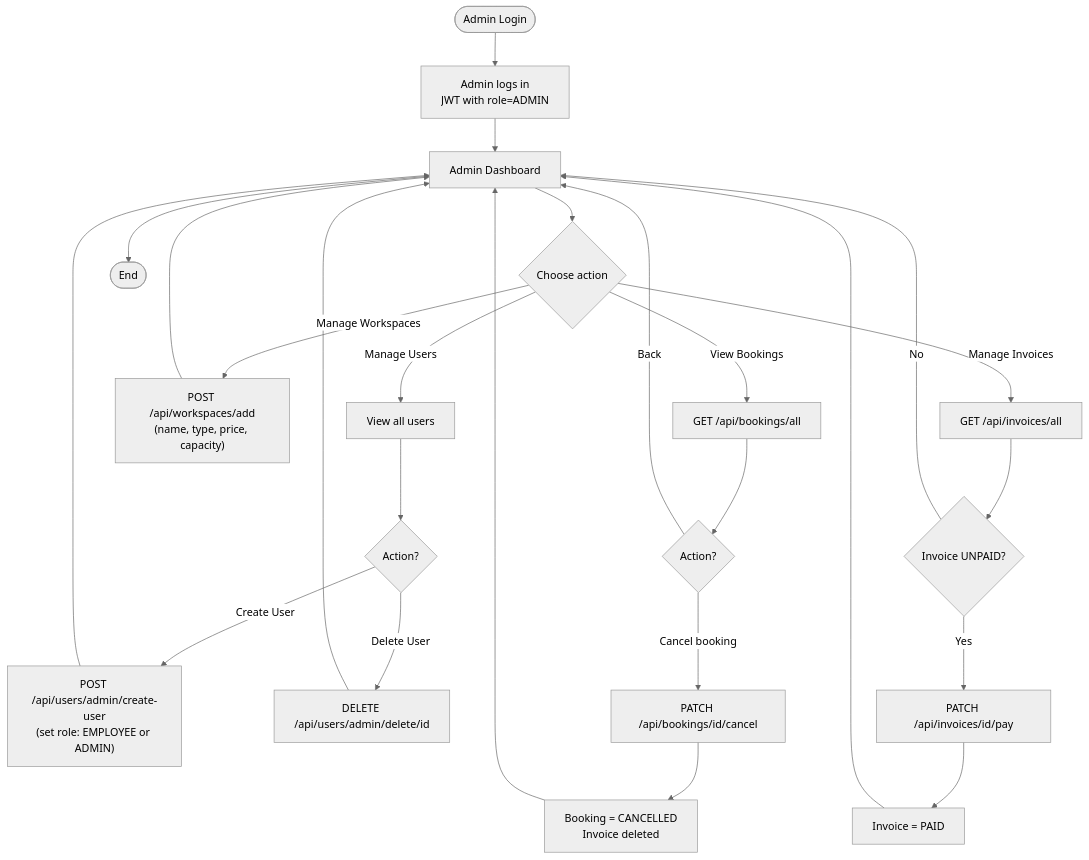
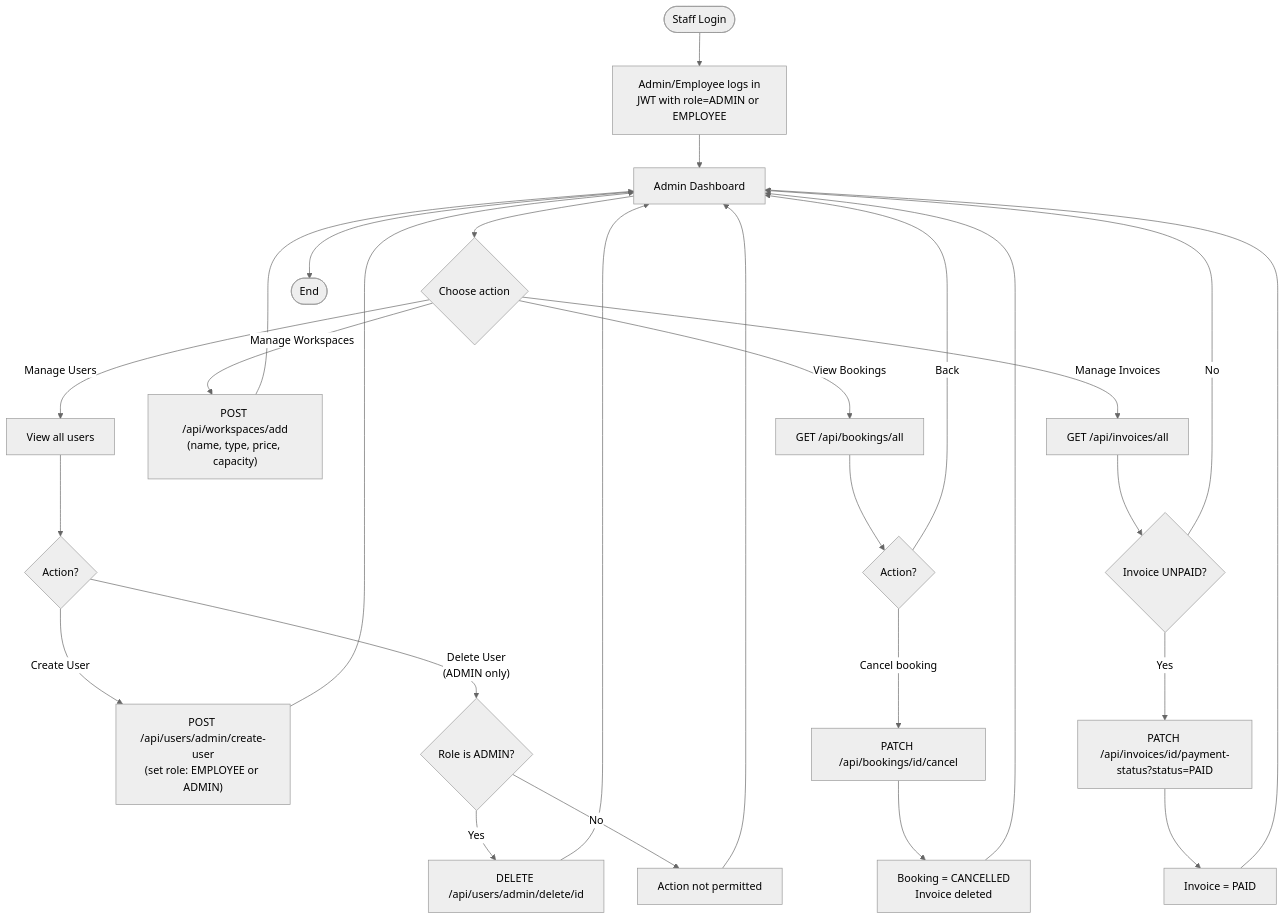
The ninth of 9 diagrams in SRS.md (Stain04/Cowork-hub), drawn with Mermaid (neutral theme) before and after one commit. The commit also changed other lines of this file, not shown here.

````diff
--- a/SRS.md
+++ b/SRS.md
@@ -759,32 +934,35 @@
 ```mermaid
 flowchart TD
-    START2(["Admin Login"]) --> A2["Admin logs in\nJWT with role=ADMIN"]
+    START2(["Staff Login"]) --> A2["Admin/Employee logs in\nJWT with role=ADMIN or EMPLOYEE"]
     A2 --> B2["Admin Dashboard"]
     B2 --> C2{"Choose action"}
 
     C2 -- "Manage Users" --> D2["View all users"]
     D2 --> E2{"Action?"}
     E2 -- "Create User" --> F2["POST /api/users/admin/create-user\n(set role: EMPLOYEE or ADMIN)"]
     F2 --> B2
-    E2 -- "Delete User" --> G2["DELETE /api/users/admin/delete/id"]
-    G2 --> B2
+    E2 -- "Delete User\n(ADMIN only)" --> G2{"Role is ADMIN?"}
+    G2 -- Yes --> G3["DELETE /api/users/admin/delete/id"]
+    G3 --> B2
+    G2 -- No --> G4["Action not permitted"]
+    G4 --> B2
 
     C2 -- "Manage Workspaces" --> H2["POST /api/workspaces/add\n(name, type, price, capacity)"]
     H2 --> B2
 
     C2 -- "View Bookings" --> I2["GET /api/bookings/all"]
     I2 --> J2{"Action?"}
     J2 -- "Cancel booking" --> K2["PATCH /api/bookings/id/cancel"]
     K2 --> L2["Booking = CANCELLED\nInvoice deleted"]
     L2 --> B2
     J2 -- "Back" --> B2
 
     C2 -- "Manage Invoices" --> M2["GET /api/invoices/all"]
     M2 --> N2{"Invoice UNPAID?"}
-    N2 -- Yes --> O2["PATCH /api/invoices/id/pay"]
+    N2 -- Yes --> O2["PATCH /api/invoices/id/payment-status?status=PAID"]
     O2 --> P2["Invoice = PAID"]
     P2 --> B2
     N2 -- No --> B2
 
     B2 --> END2(["End"])
 ```
````
